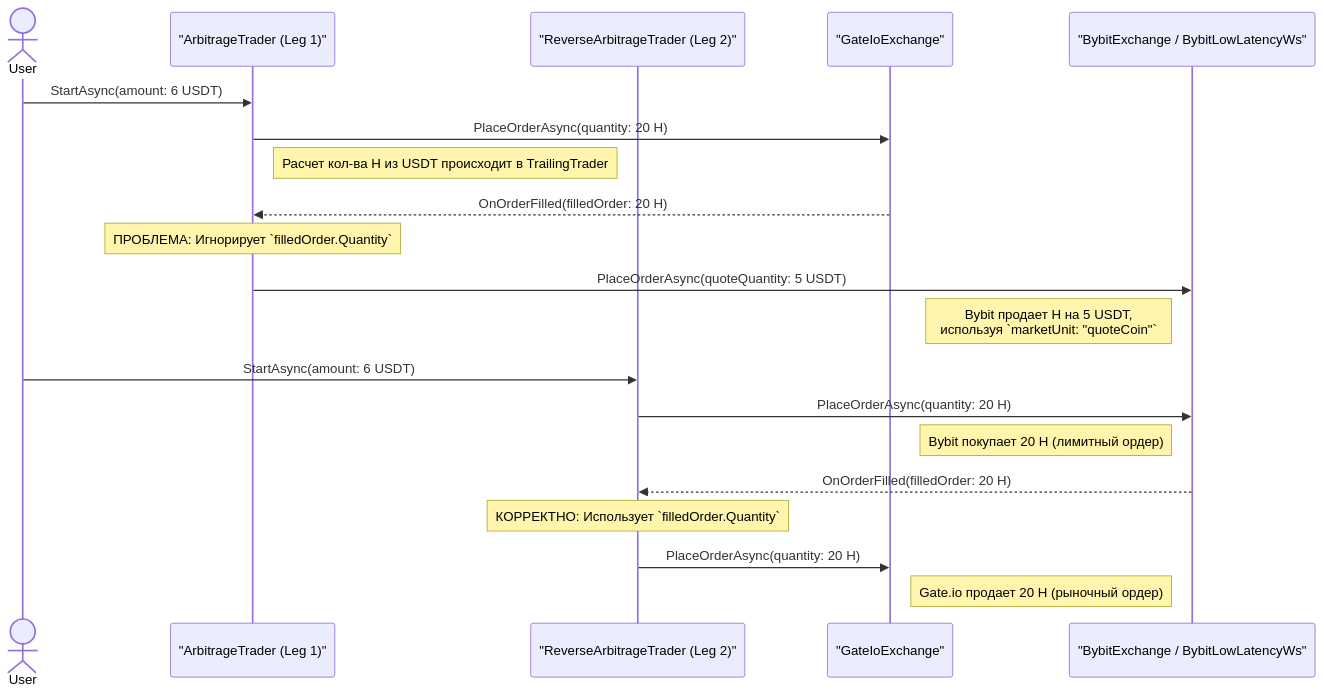
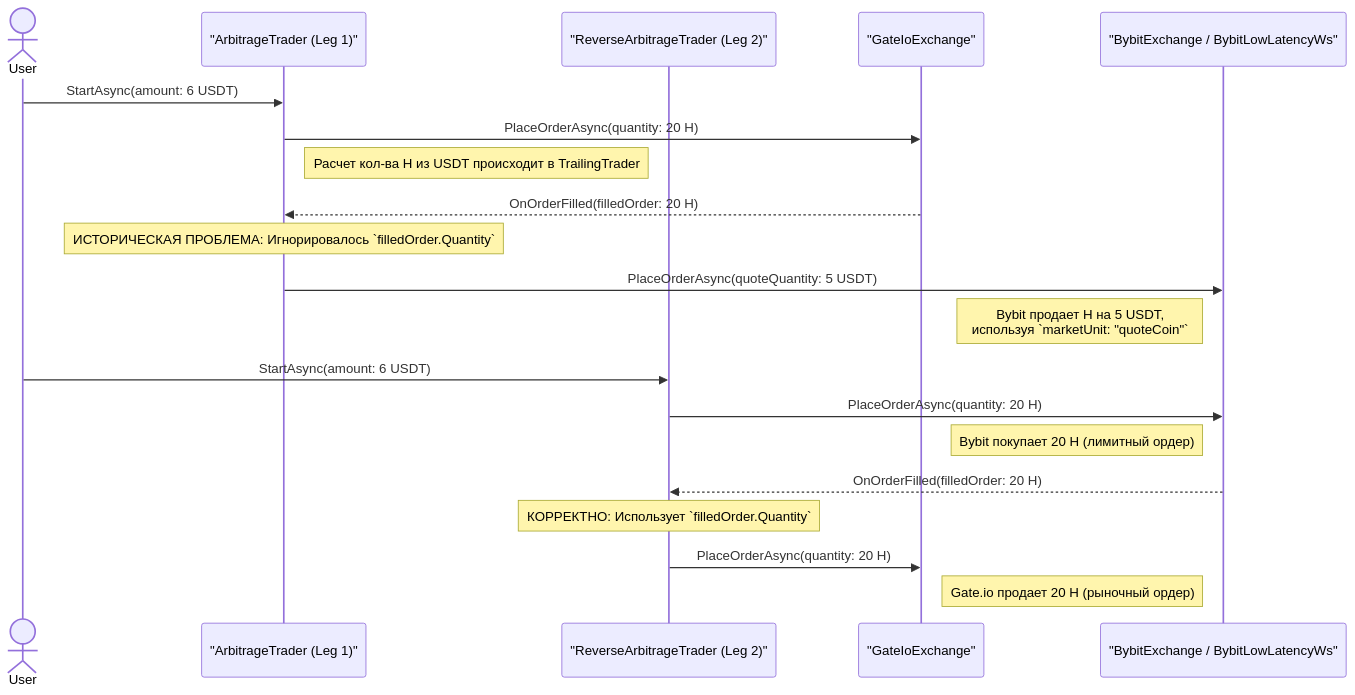
Before and after one commit to Gogi213/arb1: the diagram in trader/docs/quantity_flow_analysis.md, drawn with Mermaid. The commit also changed other lines of this file and 63 other files, not shown here.

````diff
--- a/trader/docs/quantity_flow_analysis.md
+++ b/trader/docs/quantity_flow_analysis.md
@@ -7,26 +7,26 @@
 ```mermaid
 sequenceDiagram
     actor User
     participant Leg1 as "ArbitrageTrader (Leg 1)"
     participant Leg2 as "ReverseArbitrageTrader (Leg 2)"
     participant Gate as "GateIoExchange"
     participant Bybit as "BybitExchange / BybitLowLatencyWs"
 
     User->>Leg1: StartAsync(amount: 6 USDT)
     Leg1->>Gate: PlaceOrderAsync(quantity: 20 H)
     note right of Leg1: Расчет кол-ва H из USDT происходит в TrailingTrader
     Gate-->>Leg1: OnOrderFilled(filledOrder: 20 H)
 
-    note over Leg1: ПРОБЛЕМА: Игнорирует `filledOrder.Quantity`
+    note over Leg1: ИСТОРИЧЕСКАЯ ПРОБЛЕМА: Игнорировалось `filledOrder.Quantity`
     Leg1->>Bybit: PlaceOrderAsync(quoteQuantity: 5 USDT)
     note left of Bybit: Bybit продает H на 5 USDT, <br/> используя `marketUnit: "quoteCoin"`
 
     User->>Leg2: StartAsync(amount: 6 USDT)
     Leg2->>Bybit: PlaceOrderAsync(quantity: 20 H)
     note left of Bybit: Bybit покупает 20 H (лимитный ордер)
     Bybit-->>Leg2: OnOrderFilled(filledOrder: 20 H)
 
     note over Leg2: КОРРЕКТНО: Использует `filledOrder.Quantity`
     Leg2->>Gate: PlaceOrderAsync(quantity: 20 H)
     note right of Gate: Gate.io продает 20 H (рыночный ордер)
 ```
````
